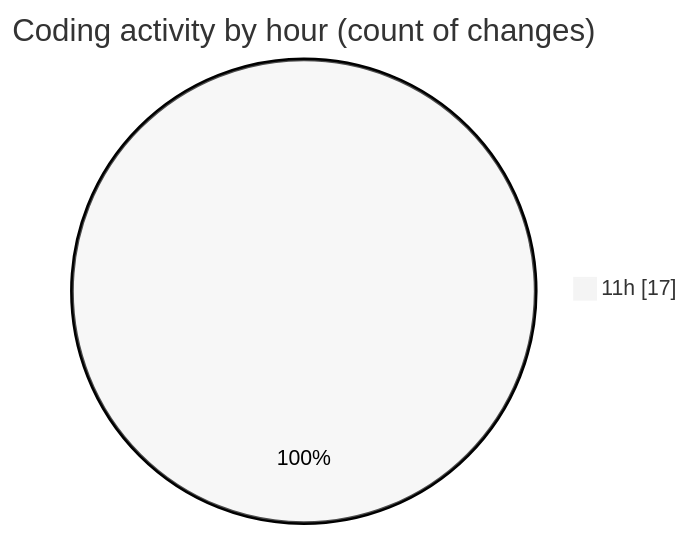
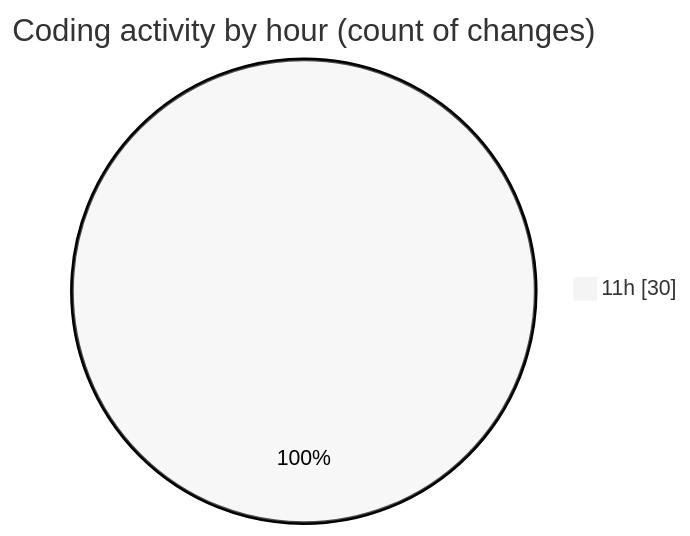
One commit to charlie-sans/code-tracking changed the second of 2 diagrams in 2025-04-30/uhigh-lang/README.md. Above: the diagram before and after it, drawn with Mermaid (neutral theme). The commit also changed other lines of this file and 1 other file, not shown here.

````diff
--- a/2025-04-30/uhigh-lang/README.md
+++ b/2025-04-30/uhigh-lang/README.md
@@ -36,5 +36,5 @@
 ```mermaid
 pie showData
 title Coding activity by hour (count of changes)
-"11h" : 17
+"11h" : 30
 ```
````
